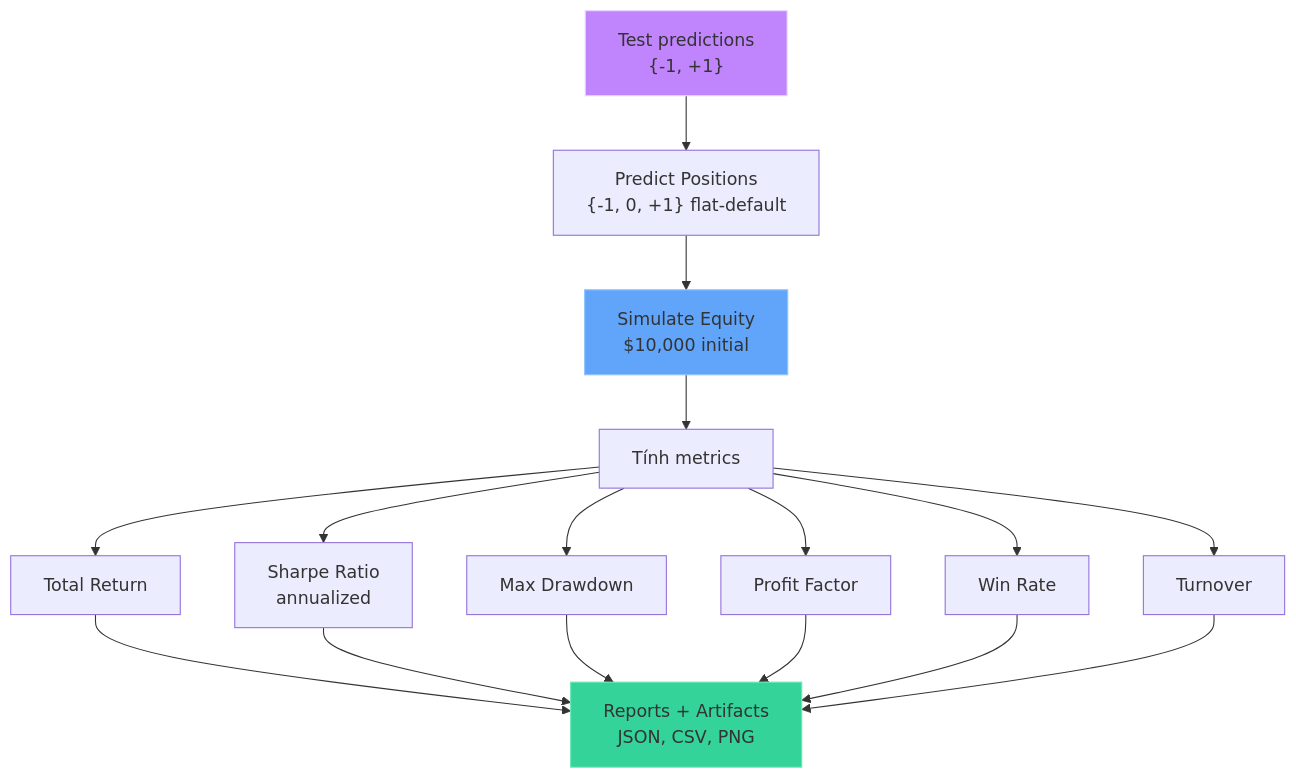
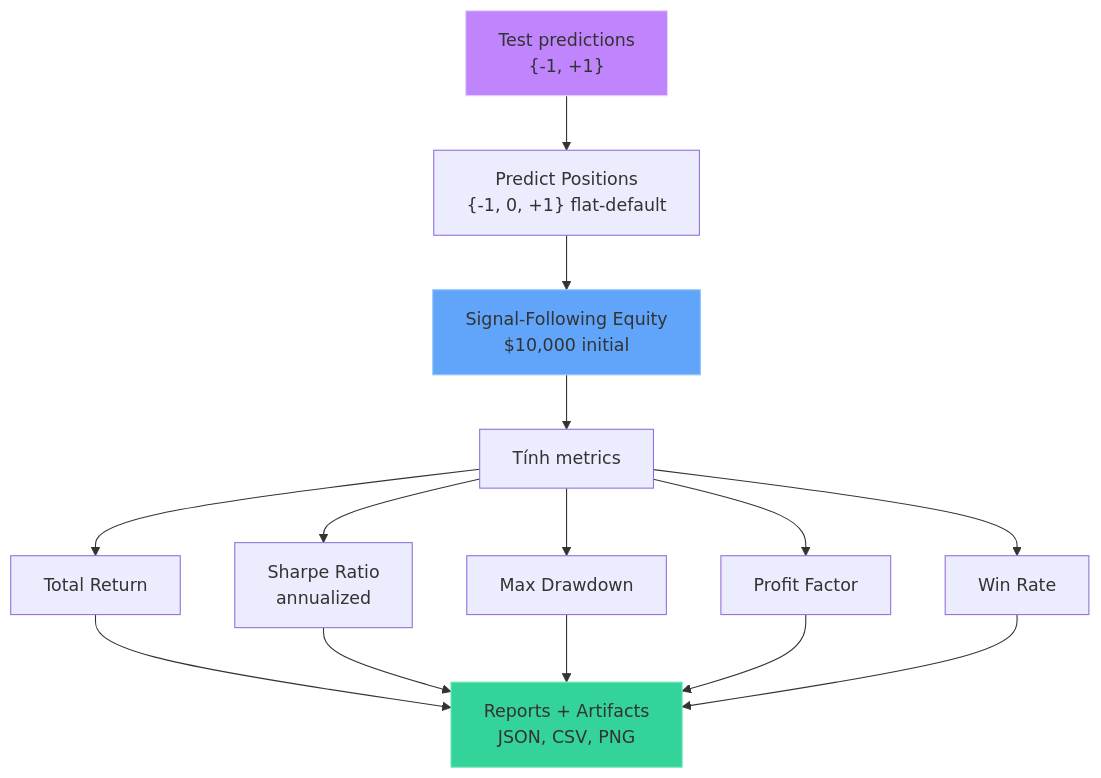
Before and after one commit to ultimateBroK/thesis-compact: the first of 2 diagrams in docs/backtest-evaluation.md, drawn with Mermaid. The commit also changed other lines of this file and 7 other files, not shown here.

````diff
--- a/docs/backtest-evaluation.md
+++ b/docs/backtest-evaluation.md
@@ -9,22 +7,20 @@
 ```mermaid
 flowchart TD
     A["Test predictions<br/>{-1, +1}"] --> B["Predict Positions<br/>{-1, 0, +1} flat-default"]
-    B --> C["Simulate Equity<br/>$10,000 initial"]
+    B --> C["Signal-Following Equity<br/>$10,000 initial"]
     C --> D["Tính metrics"]
     D --> E["Total Return"]
     D --> F["Sharpe Ratio<br/>annualized"]
     D --> G["Max Drawdown"]
     D --> H["Profit Factor"]
     D --> I["Win Rate"]
-    D --> J["Turnover"]
-    E --> K["Reports + Artifacts<br/>JSON, CSV, PNG"]
-    F --> K
-    G --> K
-    H --> K
-    I --> K
-    J --> K
+    E --> J["Reports + Artifacts<br/>JSON, CSV, PNG"]
+    F --> J
+    G --> J
+    H --> J
+    I --> J
 
     style A fill:#c084fc,stroke:#e9d5ff
     style C fill:#60a5fa,stroke:#93c5fd
-    style K fill:#34d399,stroke:#6ee7b7
+    style J fill:#34d399,stroke:#6ee7b7
 ```
````
